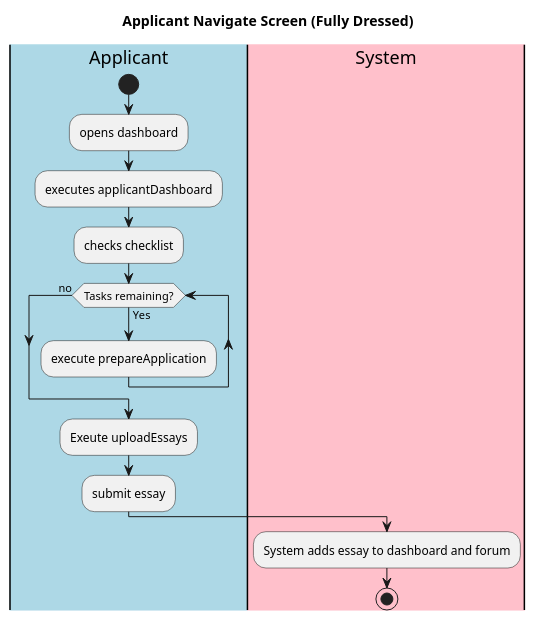
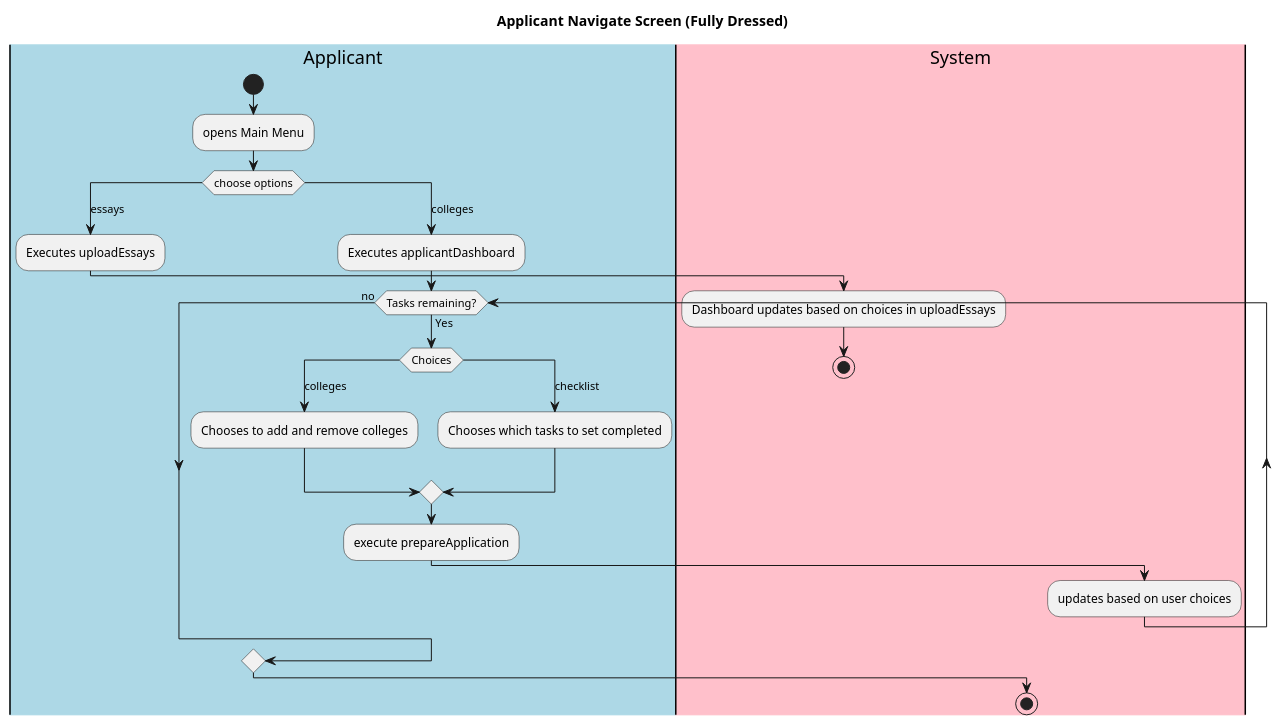
Before and after one commit to jlederer33/Essay-Review-App: the diagram in intellij/doc/use-cases/applicantnavigate.md, drawn with PlantUML. The commit also changed 2 other files, not shown here.

Commit message:
Added changes to applicant navigate, manage essays, and prepare application

````diff
--- a/intellij/doc/use-cases/applicantnavigate.md
+++ b/intellij/doc/use-cases/applicantnavigate.md
@@ -2,22 +2,33 @@
 ```plantuml
 title Applicant Navigate Screen (Fully Dressed)
 |#lightblue|Applicant| 
 |#pink|System|
 
 |Applicant|
 start
-:opens dashboard;
-:executes applicantDashboard;
+:opens Main Menu;
+Switch(choose options)
+case (essays)
+:Executes uploadEssays;
+|System|
+:Dashboard updates based on choices in uploadEssays;
+stop
+case (colleges)
 |Applicant|
-:checks checklist;
+:Executes applicantDashboard;
 while (Tasks remaining?) is (Yes)
+Switch(Choices)
+case (colleges)
+:Chooses to add and remove colleges;
+Case (checklist)
+:Chooses which tasks to set completed;
+endswitch
+|Applicant|
 :execute prepareApplication;
+|System| 
+:updates based on user choices;
 endwhile(no)
-|Applicant|
-:Exeute uploadEssays;
-:submit essay;
-|System| 
-:System adds essay to dashboard and forum;
+endswitch
 stop
 
 ```
````
